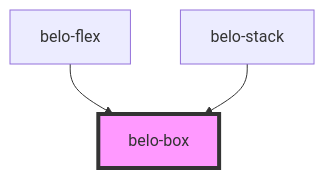
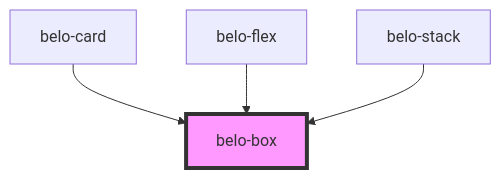
The diagram in src/components/belo-box/readme.md (KonstantinBelenko/Belo), drawn with Mermaid before and after one commit. The commit also changed other lines of this file and 10 other files, not shown here.

````diff
--- a/src/components/belo-box/readme.md
+++ b/src/components/belo-box/readme.md
@@ -40,6 +41,7 @@
 ```mermaid
 graph TD;
+  belo-card --> belo-box
   belo-flex --> belo-box
   belo-stack --> belo-box
   style belo-box fill:#f9f,stroke:#333,stroke-width:4px
 ```
````
